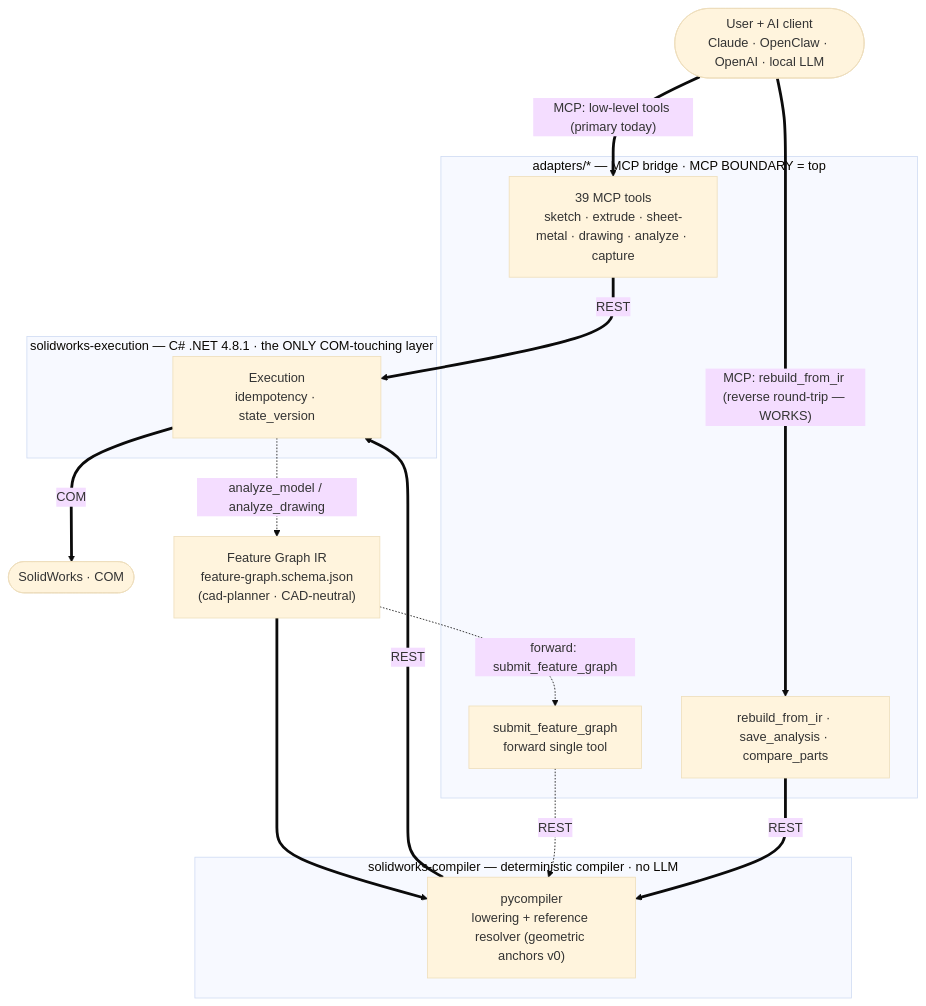
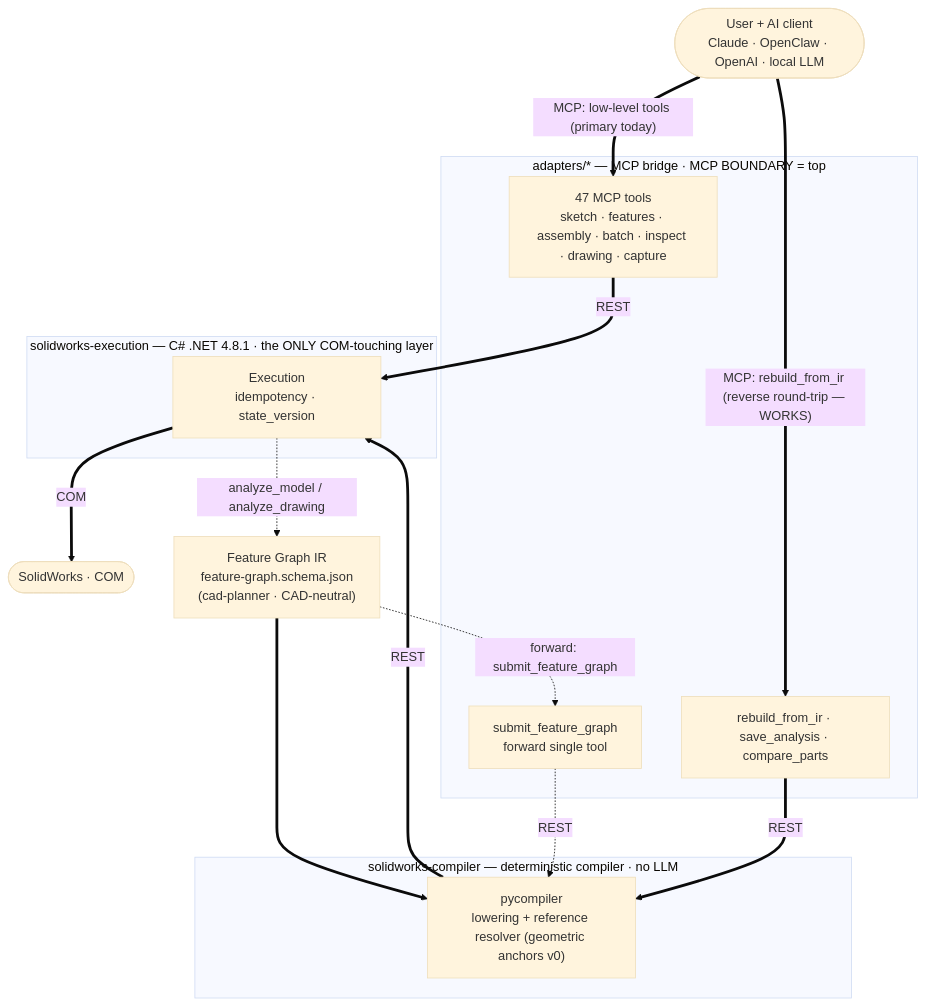
The diagram in README.md (Bennyco86/q3ds-solidworks-mcp), drawn with Mermaid (base theme) before and after one commit. The commit also changed other lines of this file and 8 other files, not shown here.

````diff
--- a/README.md
+++ b/README.md
@@ -46,38 +48,38 @@
 ```mermaid
 flowchart TD
     U(["User + AI client<br/>Claude · OpenClaw · OpenAI · local LLM"])
 
     subgraph ADAPT["adapters/* — MCP bridge · MCP BOUNDARY = top"]
-        LOW["39 MCP tools<br/>sketch · extrude · sheet-metal · drawing · analyze · capture"]
+        LOW["47 MCP tools<br/>sketch · features · assembly · batch · inspect · drawing · capture"]
         RIR["rebuild_from_ir · save_analysis · compare_parts"]
         SFG["submit_feature_graph<br/>forward single tool"]
     end
 
     IR["Feature Graph IR<br/>feature-graph.schema.json<br/>(cad-planner · CAD-neutral)"]
 
     subgraph COMP["solidworks-compiler — deterministic compiler · no LLM"]
         CO["pycompiler<br/>lowering + reference resolver (geometric anchors v0)"]
     end
 
     subgraph EXE["solidworks-execution — C# .NET 4.8.1 · the ONLY COM-touching layer"]
         EX["Execution<br/>idempotency · state_version"]
     end
 
     SW(["SolidWorks · COM"])
 
     %% Working today (thick)
     U == "MCP: low-level tools (primary today)" ==> LOW
     LOW == "REST" ==> EX
     U == "MCP: rebuild_from_ir (reverse round-trip — WORKS)" ==> RIR
     IR ==> CO
     RIR == "REST" ==> CO
     CO == "REST" ==> EX
     EX == "COM" ==> SW
 
     %% Reverse discovery step: read an existing part → propose an IR
     EX -. "analyze_model / analyze_drawing" .-> IR
 
     %% Planned forward collapse (dashed)
     IR -. "forward: submit_feature_graph" .-> SFG
     SFG -. "REST" .-> CO
 ```
````
